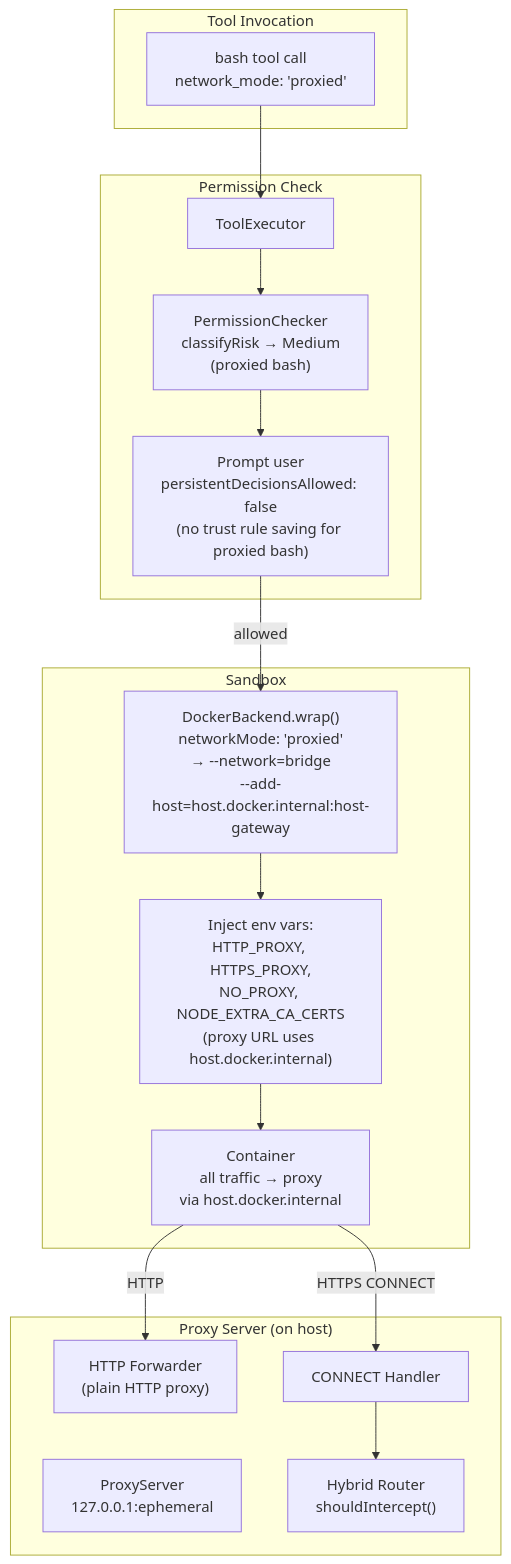
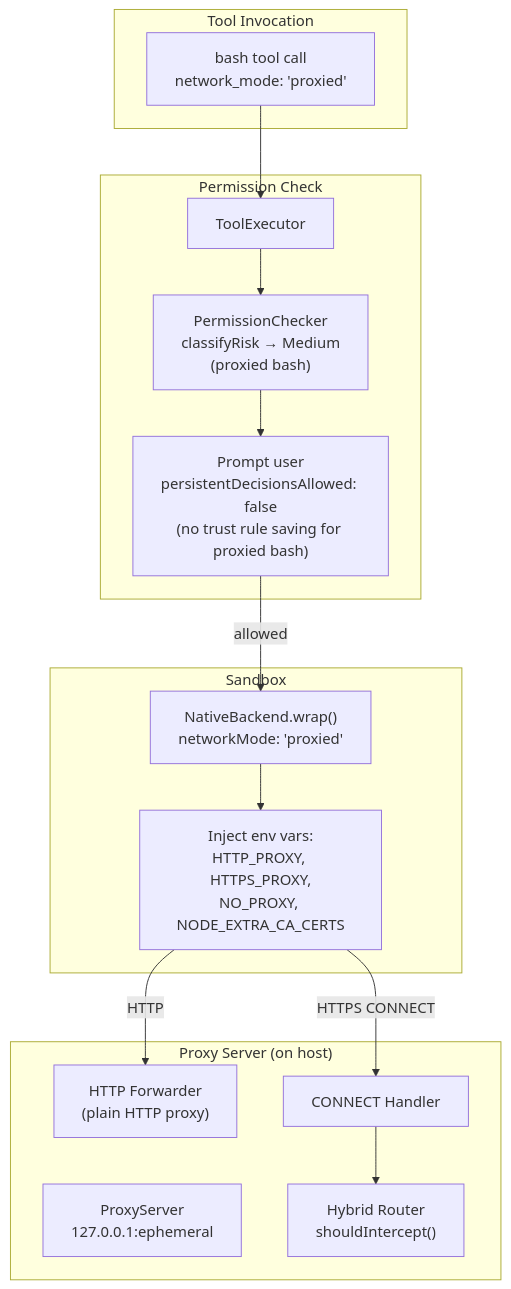
One commit to vellum-ai/vellum-assistant changed the fifth of 10 diagrams in assistant/docs/architecture/integrations.md. Above: the diagram before and after it, drawn with Mermaid. The commit also changed other lines of this file and 24 other files, not shown here.

First line of the commit message:
Remove Dockerfile.sandbox and all Docker sandbox backend logic

````diff
--- a/assistant/docs/architecture/integrations.md
+++ b/assistant/docs/architecture/integrations.md
@@ -419,35 +419,33 @@
 ```mermaid
 graph TB
     subgraph "Tool Invocation"
         BASH_CALL["bash tool call<br/>network_mode: 'proxied'"]
     end
 
     subgraph "Permission Check"
         EXECUTOR["ToolExecutor"]
         PERM["PermissionChecker<br/>classifyRisk → Medium<br/>(proxied bash)"]
         PROMPT["Prompt user<br/>persistentDecisionsAllowed: false<br/>(no trust rule saving for proxied bash)"]
     end
 
     subgraph "Sandbox"
-        DOCKER["DockerBackend.wrap()<br/>networkMode: 'proxied'<br/>→ --network=bridge<br/>--add-host=host.docker.internal:host-gateway"]
-        ENV_INJECT["Inject env vars:<br/>HTTP_PROXY, HTTPS_PROXY,<br/>NO_PROXY, NODE_EXTRA_CA_CERTS<br/>(proxy URL uses host.docker.internal)"]
-        CONTAINER["Container<br/>all traffic → proxy<br/>via host.docker.internal"]
+        SANDBOX["NativeBackend.wrap()<br/>networkMode: 'proxied'"]
+        ENV_INJECT["Inject env vars:<br/>HTTP_PROXY, HTTPS_PROXY,<br/>NO_PROXY, NODE_EXTRA_CA_CERTS"]
     end
 
     subgraph "Proxy Server (on host)"
         SERVER["ProxyServer<br/>127.0.0.1:ephemeral"]
         HTTP_FWD["HTTP Forwarder<br/>(plain HTTP proxy)"]
         CONNECT["CONNECT Handler"]
         ROUTER["Hybrid Router<br/>shouldIntercept()"]
     end
 
     BASH_CALL --> EXECUTOR
     EXECUTOR --> PERM
     PERM --> PROMPT
-    PROMPT -->|"allowed"| DOCKER
-    DOCKER --> ENV_INJECT
-    ENV_INJECT --> CONTAINER
-    CONTAINER -->|"HTTP"| HTTP_FWD
-    CONTAINER -->|"HTTPS CONNECT"| CONNECT
+    PROMPT -->|"allowed"| SANDBOX
+    SANDBOX --> ENV_INJECT
+    ENV_INJECT -->|"HTTP"| HTTP_FWD
+    ENV_INJECT -->|"HTTPS CONNECT"| CONNECT
     CONNECT --> ROUTER
 ```
````
